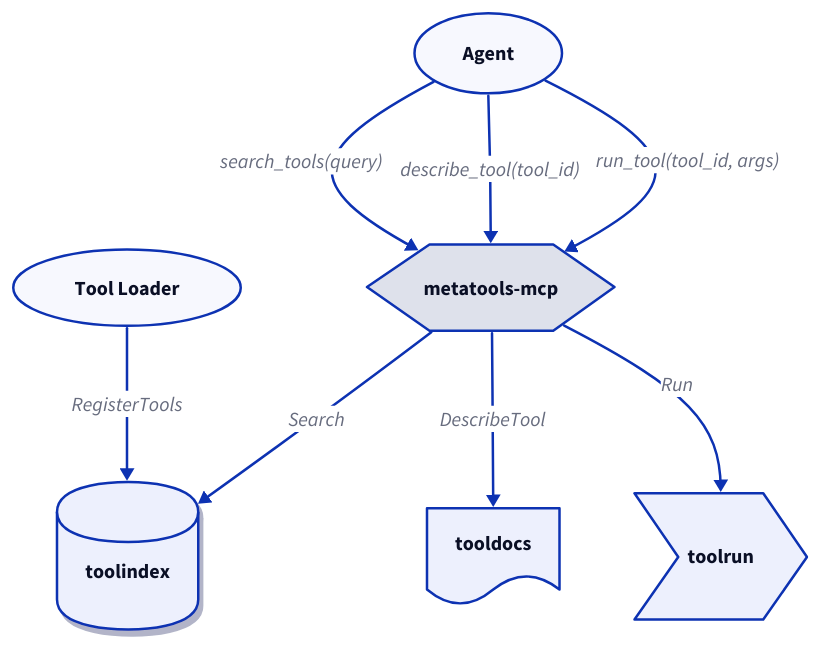
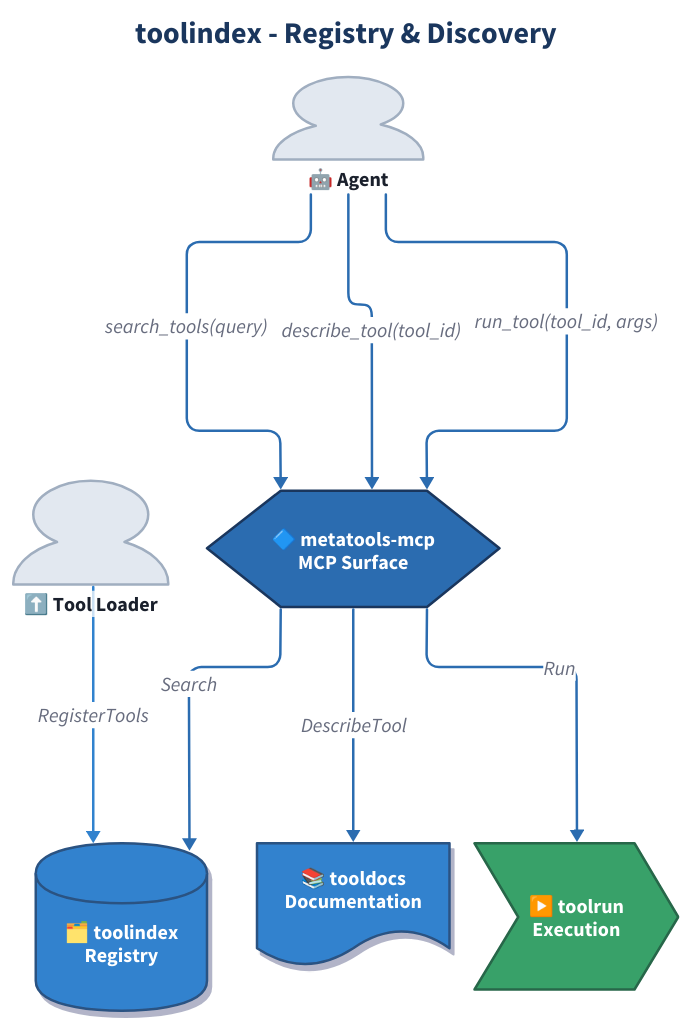
The diagram in latest/library-docs-from-repos/toolindex/diagrams/user-journey.d2 (jonwraymond/ai-tools-stack), drawn with D2 before and after one commit. The commit also changed 55 other files, not shown here.

```diff
--- a/latest/library-docs-from-repos/toolindex/diagrams/user-journey.d2
+++ b/latest/library-docs-from-repos/toolindex/diagrams/user-journey.d2
@@ -1,39 +1,134 @@
+# toolindex User Journey
+# Registry and discovery workflow
+
 direction: down
 
-style: { font-size: 14 }
-
-loader: "Tool Loader" {
-  shape: oval
+vars: {
+  d2-config: {
+    layout-engine: elk
+    theme-id: 0
+  }
+  discovery-fill: "#3182ce"
+  surface-fill: "#2b6cb0"
+  execution-fill: "#38a169"
+  actor-fill: "#e2e8f0"
 }
 
-agent: "Agent" {
-  shape: oval
+classes: {
+  actor: {
+    style: {
+      fill: ${actor-fill}
+      stroke: "#a0aec0"
+      stroke-width: 2
+      font-color: "#1a202c"
+      bold: true
+    }
+  }
+  discovery: {
+    style: {
+      fill: ${discovery-fill}
+      stroke: "#2c5282"
+      stroke-width: 2
+      font-color: "#fff"
+      shadow: true
+    }
+  }
+  surface: {
+    style: {
+      fill: ${surface-fill}
+      stroke: "#1a365d"
+      stroke-width: 2
+      font-color: "#fff"
+    }
+  }
+  execution: {
+    style: {
+      fill: ${execution-fill}
+      stroke: "#276749"
+      stroke-width: 2
+      font-color: "#fff"
+    }
+  }
+  loader-flow: {
+    style: {
+      stroke: ${discovery-fill}
+      stroke-width: 2
+    }
+  }
+  agent-flow: {
+    style: {
+      stroke: ${surface-fill}
+      stroke-width: 2
+    }
+  }
 }
 
-index: "toolindex" {
-  shape: cylinder
-  style: { shadow: true }
+# Title
+title: "toolindex - Registry & Discovery" {
+  shape: text
+  near: top-center
+  style: {
+    font-size: 24
+    bold: true
+    font-color: "#1a365d"
+  }
 }
 
-metatools: "metatools-mcp" {
-  shape: hexagon
+# Actors
+loader: "⬆️ Tool Loader" {
+  shape: person
+  class: actor
 }
 
-docs: "tooldocs" {
-  shape: document
+agent: "🤖 Agent" {
+  shape: person
+  class: actor
 }
 
-runner: "toolrun" {
-  shape: step
+# Components
+index: "🗂️ toolindex\nRegistry" {
+  shape: cylinder
+  class: discovery
 }
 
-loader -> index: "RegisterTools"
+metatools: "🔷 metatools-mcp\nMCP Surface" {
+  shape: hexagon
+  class: surface
+}
 
-agent -> metatools: "search_tools(query)"
-metatools -> index: "Search"
+docs: "📚 tooldocs\nDocumentation" {
+  shape: document
+  class: discovery
+}
 
-agent -> metatools: "describe_tool(tool_id)"
-metatools -> docs: "DescribeTool"
+runner: "▶️ toolrun\nExecution" {
+  shape: step
+  class: execution
+}
 
-agent -> metatools: "run_tool(tool_id, args)"
-metatools -> runner: "Run"
+# Loader Flow
+loader -> index: "RegisterTools" {
+  class: loader-flow
+}
+
+# Agent Flow
+agent -> metatools: "search_tools(query)" {
+  class: agent-flow
+}
+metatools -> index: "Search" {
+  class: agent-flow
+}
+
+agent -> metatools: "describe_tool(tool_id)" {
+  class: agent-flow
+}
+metatools -> docs: "DescribeTool" {
+  class: agent-flow
+}
+
+agent -> metatools: "run_tool(tool_id, args)" {
+  class: agent-flow
+}
+metatools -> runner: "Run" {
+  class: agent-flow
+}
```
